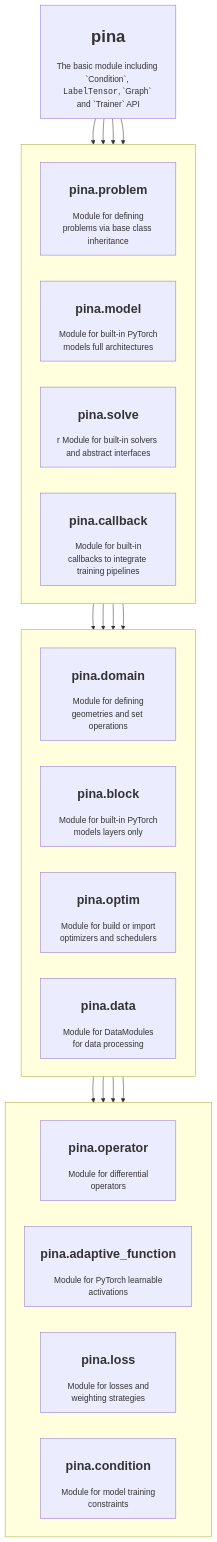
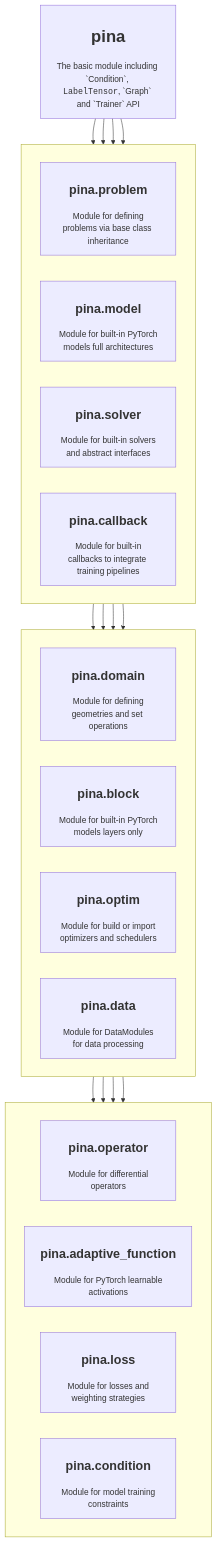
Before and after one commit to mathLab/PINA: the first of 2 diagrams in README.md, drawn with Mermaid.

Commit message:
Fix typo in README for solver module reference

````diff
--- a/README.md
+++ b/README.md
@@ -166,44 +166,44 @@
 ```mermaid
 flowchart TB
     PINA["<h1>pina</h1>The basic module including `Condition`, <tt>LabelTensor</tt>, `Graph` and `Trainer` API"]
 
     subgraph R1[" "]
         direction LR
         PROB["<h2>pina.problem</h2> Module for defining problems via base class inheritance"]
         MODEL["<h2>pina.model</h2> Module for built-in PyTorch models full architectures"]
-        SOLVER["<h2>pina.solve</h2>r Module for built-in solvers and abstract interfaces"]
+        SOLVER["<h2>pina.solver</h2> Module for built-in solvers and abstract interfaces"]
         CALLBACK["<h2>pina.callback</h2> Module for built-in callbacks to integrate training pipelines"]
     end
 
     subgraph R2[" "]
         direction LR
         DOMAIN["<h2>pina.domain</h2> Module for defining geometries and set operations"]
         BLOCK["<h2>pina.block</h2> Module for built-in PyTorch models layers only"]
         OPTIM["<h2>pina.optim</h2> Module for build or import optimizers and schedulers"]
         DATA["<h2>pina.data</h2> Module for DataModules for data processing"]
     end
 
     subgraph R3[" "]
         direction LR
         OPERATOR["<h2>pina.operator</h2> Module for differential operators"]
         ADAPT["<h2>pina.adaptive_function</h2> Module for PyTorch learnable activations"]
         LOSS["<h2>pina.loss</h2> Module for losses and weighting strategies"]
         CONDITION["<h2>pina.condition</h2> Module for model training constraints"]
     end
 
     PINA --> PROB
     PINA --> MODEL
     PINA --> SOLVER
     PINA --> CALLBACK
 
     PROB --> DOMAIN
     MODEL --> BLOCK
     SOLVER --> OPTIM
     CALLBACK --> DATA
 
     DOMAIN --> OPERATOR
     BLOCK --> ADAPT
     OPTIM --> LOSS
     DATA --> CONDITION
 
 ```
````
